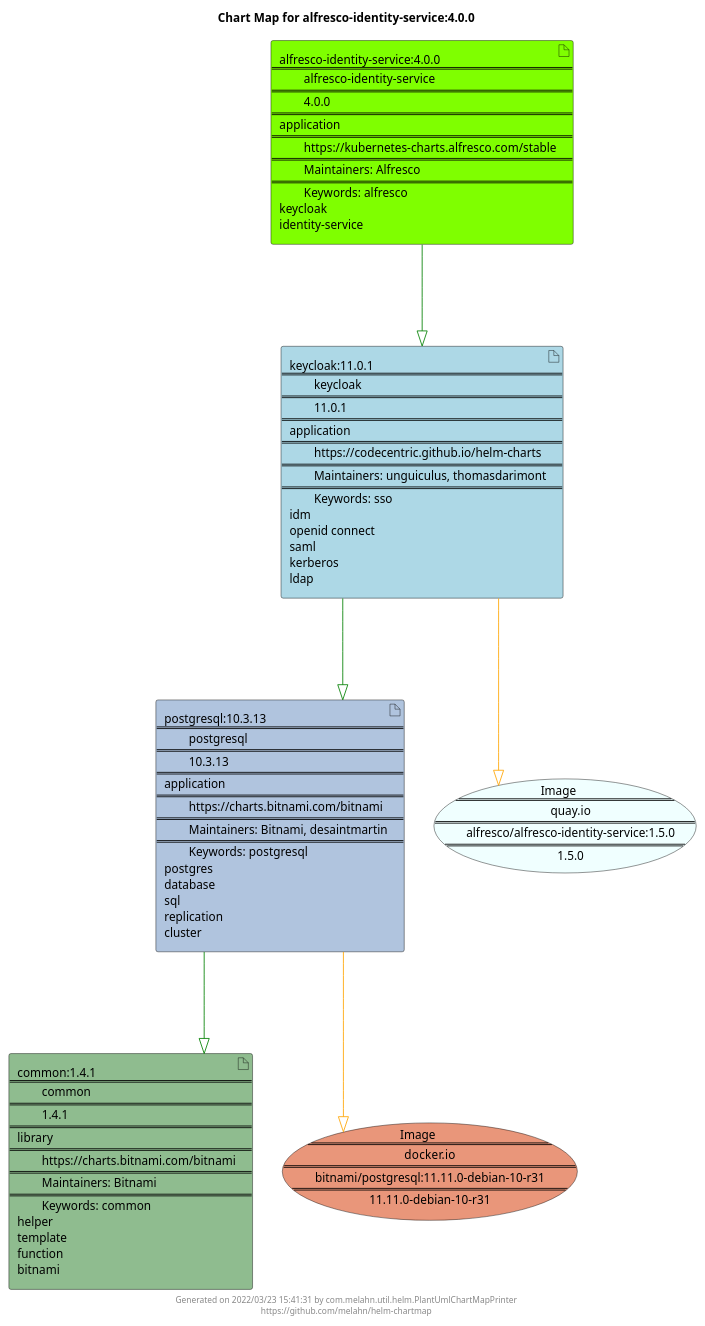
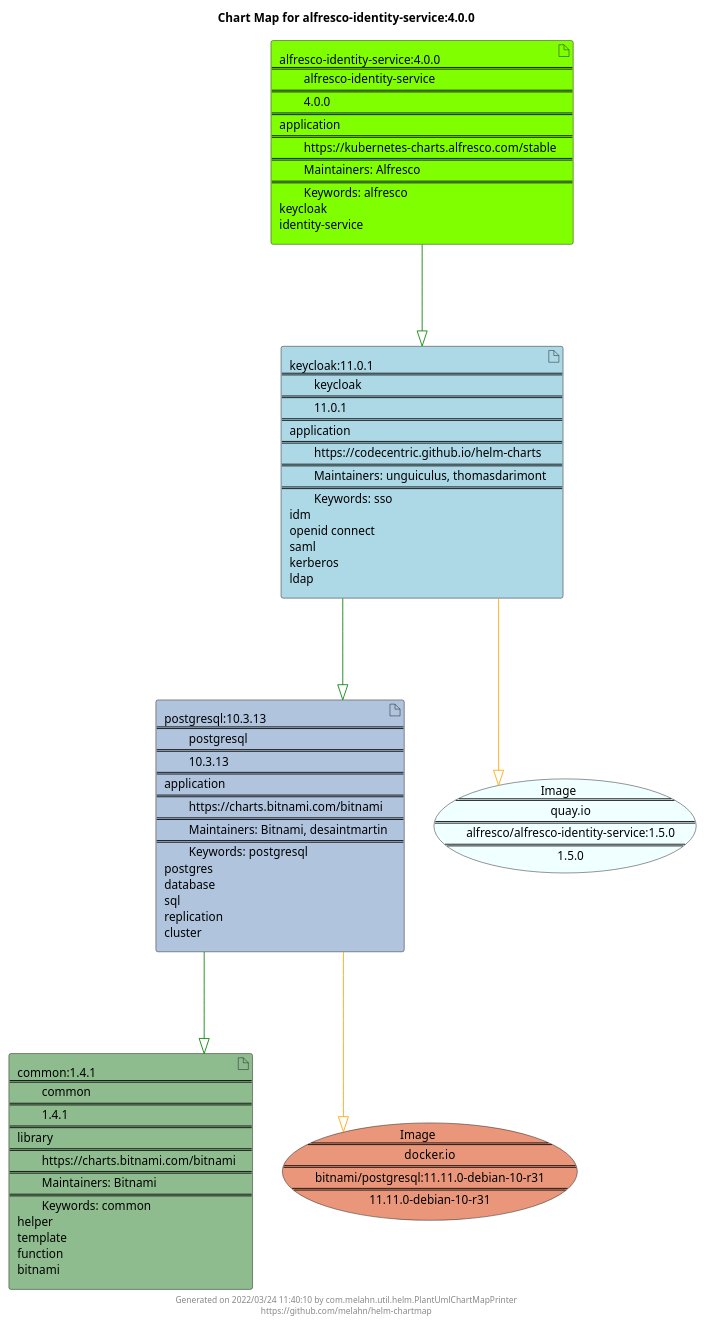
The diagram in docs/alfresco-identity-service/alfresco-identity-service-4.0.0.puml (melahn/helm-chartmap), drawn with PlantUML before and after one commit. The commit also changed 54 other files, not shown here.

Commit message:
Update Example Chart Maps as part of GitHub build

```diff
--- a/docs/alfresco-identity-service/alfresco-identity-service-4.0.0.puml
+++ b/docs/alfresco-identity-service/alfresco-identity-service-4.0.0.puml
@@ -1,29 +1,29 @@
 @startuml
 skinparam linetype ortho
 skinparam backgroundColor white
 skinparam usecaseBorderColor black
 skinparam usecaseArrowColor LightSlateGray
 skinparam artifactBorderColor black
 skinparam artifactArrowColor LightSlateGray
 
 title Chart Map for alfresco-identity-service:4.0.0
 
 'There are 4 referenced Helm Charts
 artifact "common:1.4.1\n====\n\tcommon\n====\n\t1.4.1\n====\nlibrary\n====\n\thttps://charts.bitnami.com/bitnami\n====\n\tMaintainers: Bitnami\n====\n\tKeywords: common\nhelper\ntemplate\nfunction\nbitnami" as common_1_4_1 #DarkSeaGreen
 artifact "alfresco-identity-service:4.0.0\n====\n\talfresco-identity-service\n====\n\t4.0.0\n====\napplication\n====\n\thttps://kubernetes-charts.alfresco.com/stable\n====\n\tMaintainers: Alfresco\n====\n\tKeywords: alfresco\nkeycloak\nidentity-service" as alfresco_identity_service_4_0_0 #Chartreuse
 artifact "postgresql:10.3.13\n====\n\tpostgresql\n====\n\t10.3.13\n====\napplication\n====\n\thttps://charts.bitnami.com/bitnami\n====\n\tMaintainers: Bitnami, desaintmartin\n====\n\tKeywords: postgresql\npostgres\ndatabase\nsql\nreplication\ncluster" as postgresql_10_3_13 #LightSteelBlue
 artifact "keycloak:11.0.1\n====\n\tkeycloak\n====\n\t11.0.1\n====\napplication\n====\n\thttps://codecentric.github.io/helm-charts\n====\n\tMaintainers: unguiculus, thomasdarimont\n====\n\tKeywords: sso\nidm\nopenid connect\nsaml\nkerberos\nldap" as keycloak_11_0_1 #LightBlue
 
 'There are 2 referenced Docker Images
 usecase "Image\n====\n\tquay.io\n====\n\talfresco/alfresco-identity-service:1.5.0\n====\n\t1.5.0" as quay_io_alfresco_alfresco_identity_service_1_5_0 #Azure
 usecase "Image\n====\n\tdocker.io\n====\n\tbitnami/postgresql:11.11.0-debian-10-r31\n====\n\t11.11.0-debian-10-r31" as docker_io_bitnami_postgresql_11_11_0_debian_10_r31 #DarkSalmon
 
 'Chart Dependencies
 alfresco_identity_service_4_0_0--[#green]-|>keycloak_11_0_1
 keycloak_11_0_1--[#green]-|>postgresql_10_3_13
 postgresql_10_3_13--[#green]-|>common_1_4_1
 postgresql_10_3_13--[#orange]-|>docker_io_bitnami_postgresql_11_11_0_debian_10_r31
 keycloak_11_0_1--[#orange]-|>quay_io_alfresco_alfresco_identity_service_1_5_0
 
-center footer Generated on 2022/03/23 15:41:31 by com.melahn.util.helm.PlantUmlChartMapPrinter\nhttps://github.com/melahn/helm-chartmap
+center footer Generated on 2022/03/24 11:40:10 by com.melahn.util.helm.PlantUmlChartMapPrinter\nhttps://github.com/melahn/helm-chartmap
 @enduml
```
